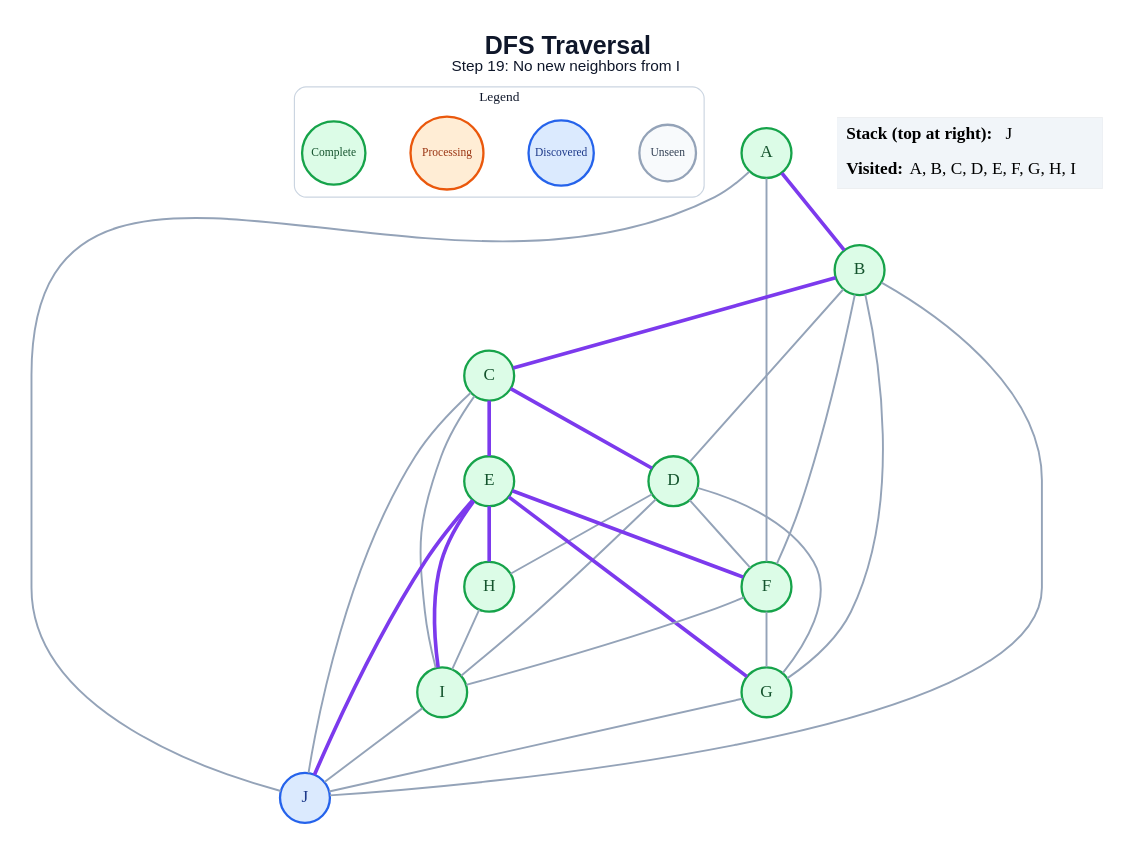
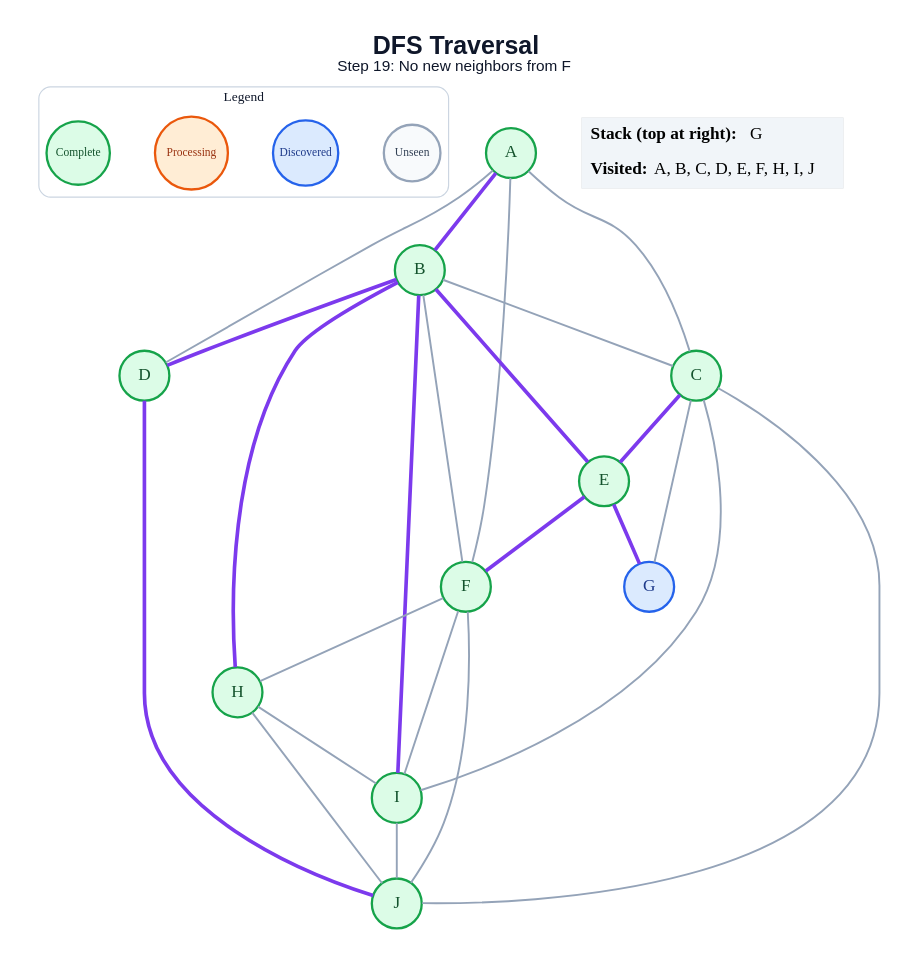
Before and after one commit to anon7238593-create/ai-slop: the diagram in generated/specific-node/dfs/step_19.dot, drawn with Graphviz. The commit also changed 171 other files, not shown here.

```diff
--- a/generated/specific-node/dfs/step_19.dot
+++ b/generated/specific-node/dfs/step_19.dot
@@ -1,55 +1,52 @@
 graph traversal {
   graph [layout=dot, rankdir=TB, bgcolor="#FFFFFF", pad="0.35", nodesep="0.65", ranksep="0.8", fontname="Arial"];
   node [shape=circle, style="filled", fontname="Arial Bold", fontsize=18, width=0.72, fixedsize=true, penwidth=2.4];
   edge [color="#94A3B8", penwidth=2.0];
-  label=<<B>DFS Traversal</B><BR/><FONT POINT-SIZE="16">Step 19: No new neighbors from I</FONT>>; labelloc="t"; fontsize=26; fontname="Arial"; fontcolor="#0F172A";
+  label=<<B>DFS Traversal</B><BR/><FONT POINT-SIZE="16">Step 19: No new neighbors from F</FONT>>; labelloc="t"; fontsize=26; fontname="Arial"; fontcolor="#0F172A";
   subgraph cluster_legend { label="Legend"; color="#CBD5E1"; penwidth=1.2; style="rounded"; fontsize=14; fontname="Arial Bold";
     key_unseen [label="Unseen", fillcolor="#F8FAFC", color="#94A3B8", fontcolor="#334155", fontsize=12, width=0.82];
     key_frontier [label="Discovered", fillcolor="#DBEAFE", color="#2563EB", fontcolor="#1E3A8A", fontsize=12, width=0.95];
     key_current [label="Processing", fillcolor="#FFEDD5", color="#EA580C", fontcolor="#9A3412", fontsize=12, width=1.05];
     key_done [label="Complete", fillcolor="#DCFCE7", color="#16A34A", fontcolor="#14532D", fontsize=12, width=0.92];
     { rank=same; key_unseen; key_frontier; key_current; key_done; }
   }
   A [fillcolor="#DCFCE7", color="#16A34A", fontcolor="#14532D"];
   B [fillcolor="#DCFCE7", color="#16A34A", fontcolor="#14532D"];
   C [fillcolor="#DCFCE7", color="#16A34A", fontcolor="#14532D"];
   D [fillcolor="#DCFCE7", color="#16A34A", fontcolor="#14532D"];
   E [fillcolor="#DCFCE7", color="#16A34A", fontcolor="#14532D"];
   F [fillcolor="#DCFCE7", color="#16A34A", fontcolor="#14532D"];
-  G [fillcolor="#DCFCE7", color="#16A34A", fontcolor="#14532D"];
+  G [fillcolor="#DBEAFE", color="#2563EB", fontcolor="#1E3A8A"];
   H [fillcolor="#DCFCE7", color="#16A34A", fontcolor="#14532D"];
   I [fillcolor="#DCFCE7", color="#16A34A", fontcolor="#14532D"];
-  J [fillcolor="#DBEAFE", color="#2563EB", fontcolor="#1E3A8A"];
+  J [fillcolor="#DCFCE7", color="#16A34A", fontcolor="#14532D"];
   A -- B [color="#7C3AED", penwidth=3.8];
+  A -- C;
+  A -- D;
   A -- F;
-  A -- J;
-  B -- C [color="#7C3AED", penwidth=3.8];
-  B -- D;
+  B -- C;
+  B -- D [color="#7C3AED", penwidth=3.8];
+  B -- E [color="#7C3AED", penwidth=3.8];
   B -- F;
-  B -- G;
-  B -- J;
-  C -- D [color="#7C3AED", penwidth=3.8];
+  B -- H [color="#7C3AED", penwidth=3.8];
+  B -- I [color="#7C3AED", penwidth=3.8];
   C -- E [color="#7C3AED", penwidth=3.8];
+  C -- G;
   C -- I;
   C -- J;
-  D -- F;
-  D -- G;
-  D -- H;
-  D -- I;
+  D -- J [color="#7C3AED", penwidth=3.8];
   E -- F [color="#7C3AED", penwidth=3.8];
   E -- G [color="#7C3AED", penwidth=3.8];
-  E -- H [color="#7C3AED", penwidth=3.8];
-  E -- I [color="#7C3AED", penwidth=3.8];
-  E -- J [color="#7C3AED", penwidth=3.8];
-  F -- G;
+  F -- H;
   F -- I;
-  G -- J;
+  F -- J;
   H -- I;
+  H -- J;
   I -- J;
   status [shape=plain, fixedsize=false, width=0, height=0, margin=0, label=<
     <TABLE BORDER="0" CELLBORDER="0" CELLPADDING="7" BGCOLOR="#F1F5F9">
-      <TR><TD ALIGN="LEFT"><B>Stack (top at right):</B> J</TD></TR>
-      <TR><TD ALIGN="LEFT"><B>Visited:</B> A, B, C, D, E, F, G, H, I</TD></TR>
+      <TR><TD ALIGN="LEFT"><B>Stack (top at right):</B> G</TD></TR>
+      <TR><TD ALIGN="LEFT"><B>Visited:</B> A, B, C, D, E, F, H, I, J</TD></TR>
     </TABLE>
   >];
 }
```
